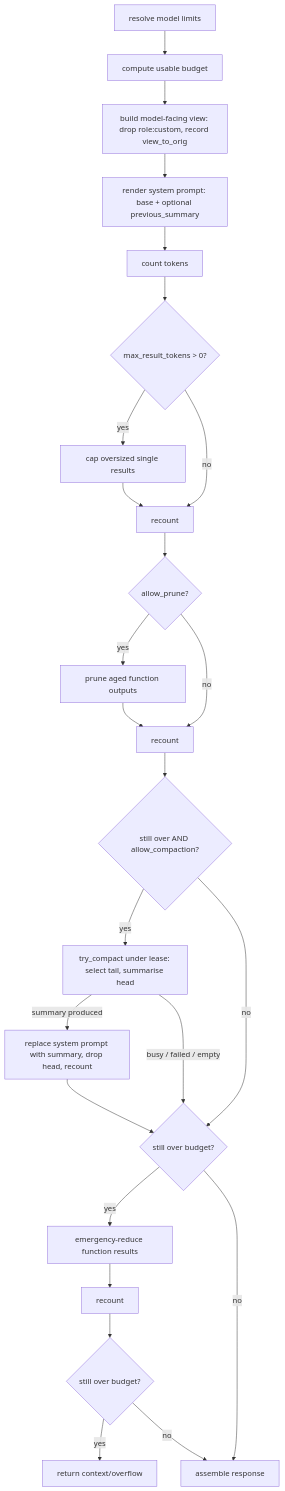
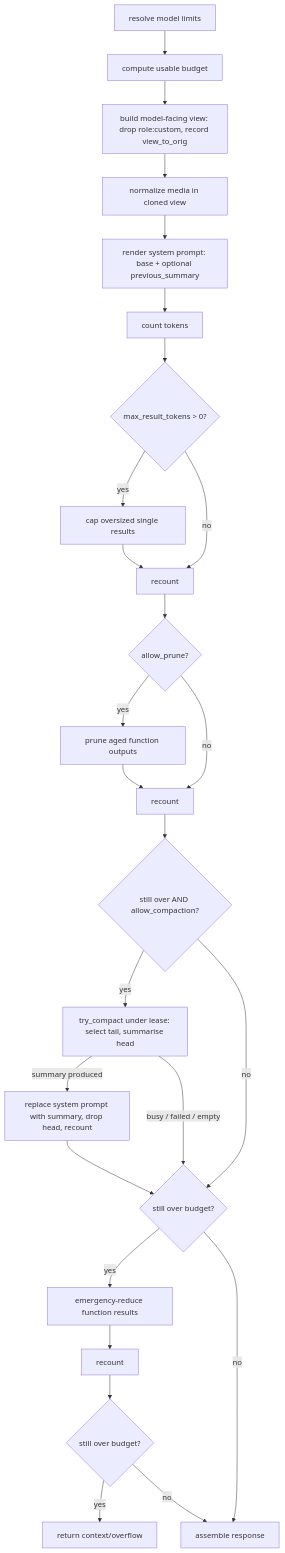
The second of 3 diagrams in context-manager/architecture/internals.md (iii-hq/workers), drawn with Mermaid before and after one commit. The commit also changed other lines of this file and 13 other files, not shown here.

Commit message:
fix(context-manager): prevent image-triggered compaction

````diff
--- a/context-manager/architecture/internals.md
+++ b/context-manager/architecture/internals.md
@@ -75,23 +75,24 @@
 ```mermaid
 flowchart TD
   A[resolve model limits] --> B[compute usable budget]
   B --> C["build model-facing view: drop role:custom, record view_to_orig"]
-  C --> D["render system prompt: base + optional previous_summary"]
-  D --> E[count tokens]
-  E --> F{max_result_tokens > 0?}
-  F -->|yes| G[cap oversized single results] --> H[recount]
-  F -->|no| H
-  H --> I{allow_prune?}
-  I -->|yes| J[prune aged function outputs] --> K[recount]
-  I -->|no| K
-  K --> L{still over AND allow_compaction?}
-  L -->|yes| M["try_compact under lease: select tail, summarise head"]
-  L -->|no| P{still over budget?}
-  M -->|summary produced| O["replace system prompt with summary, drop head, recount"] --> P
-  M -->|busy / failed / empty| P
-  P -->|yes| Q[emergency-reduce function results] --> R[recount]
-  P -->|no| S[assemble response]
-  R --> T{still over budget?}
-  T -->|yes| U[return context/overflow]
-  T -->|no| S
+  C --> D[normalize media in cloned view]
+  D --> E["render system prompt: base + optional previous_summary"]
+  E --> F[count tokens]
+  F --> G{max_result_tokens > 0?}
+  G -->|yes| H[cap oversized single results] --> I[recount]
+  G -->|no| I
+  I --> J{allow_prune?}
+  J -->|yes| K[prune aged function outputs] --> L[recount]
+  J -->|no| L
+  L --> M{still over AND allow_compaction?}
+  M -->|yes| N["try_compact under lease: select tail, summarise head"]
+  M -->|no| Q{still over budget?}
+  N -->|summary produced| P["replace system prompt with summary, drop head, recount"] --> Q
+  N -->|busy / failed / empty| Q
+  Q -->|yes| R[emergency-reduce function results] --> S[recount]
+  Q -->|no| T[assemble response]
+  S --> U{still over budget?}
+  U -->|yes| V[return context/overflow]
+  U -->|no| T
 ```
````
